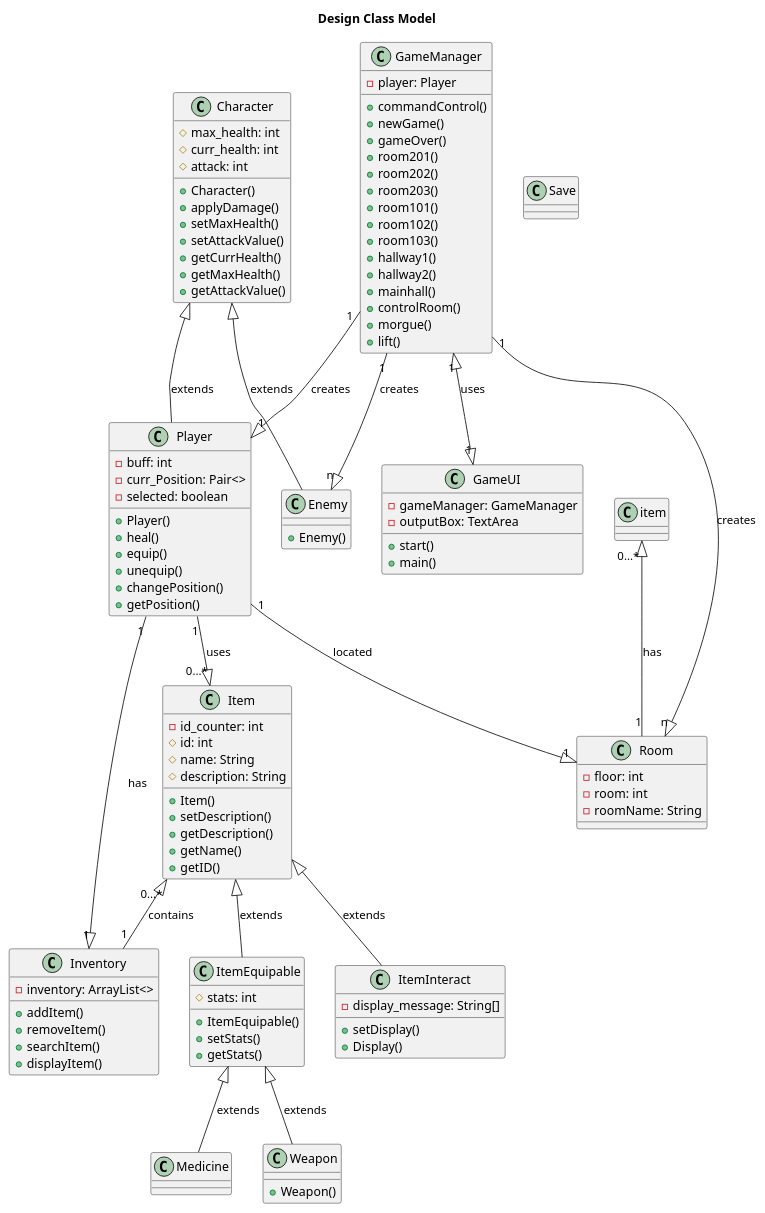
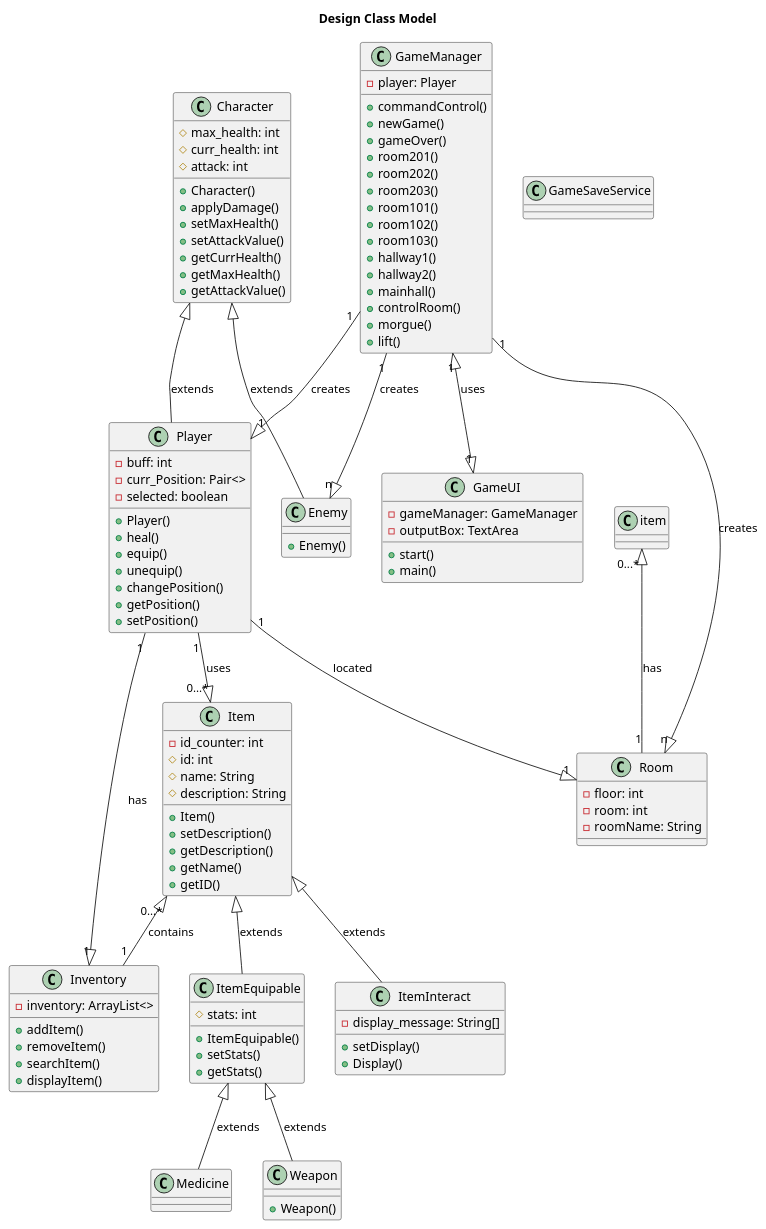
Before and after one commit to LimeiGuan/Text_Adventure_Game: the diagram in docs/uml/DesignClassModel.plantuml, drawn with PlantUML.

```diff
--- a/docs/uml/DesignClassModel.plantuml
+++ b/docs/uml/DesignClassModel.plantuml
@@ -1,135 +1,136 @@
 @startuml DesignClassModel
 
 title Design Class Model
 
 class Character{
   #max_health: int
   #curr_health: int
   #attack: int
   
   +Character()
   +applyDamage()
   +setMaxHealth()
   +setAttackValue()
   +getCurrHealth()
   +getMaxHealth()
   +getAttackValue()
 }
 
 class Player{
   -buff: int
   -curr_Position: Pair<>
   -selected: boolean
   
   +Player()
   +heal()
   +equip()
   +unequip()
   +changePosition()
   +getPosition()
+  +setPosition()
 }
 
 class Enemy{
   +Enemy()
 }
 
 class GameUI{
   -gameManager: GameManager
   -outputBox: TextArea
   
   +start()
   +main()
 }
 
 class GameManager{
   -player: Player
   
   +commandControl()
   +newGame()
   +gameOver()
   +room201()
   +room202()
   +room203()
   +room101()
   +room102()
   +room103()
   +hallway1()
   +hallway2()
   +mainhall()
   +controlRoom()
   +morgue()
   +lift()
 }
 
-class Save{}
+class GameSaveService{}
 
 class Inventory{
   -inventory: ArrayList<>
   
   +addItem()
   +removeItem()
   +searchItem()
   +displayItem()
 }
 
 class Item{
   -id_counter: int
   #id: int
   #name: String
   #description: String
   
   +Item()
   +setDescription()
   +getDescription()
   +getName()
   +getID()
 }
 
 class ItemEquipable{
   #stats: int
   
   +ItemEquipable()
   +setStats()
   +getStats()
 }
 
 class ItemInteract{
   -display_message: String[]
   
   +setDisplay()
   +Display()
 }
 
 class Medicine{}
 
 class Weapon{
   +Weapon()
 }
 
 class Room{
   -floor: int
   -room: int
   -roomName: String
 }
 
 Character <|-- Player : extends
 Character <|-- Enemy : extends
 
 Item <|-- ItemEquipable : extends
 Item <|-- ItemInteract : extends
 Item"0...*" <|-- "1"Inventory : contains
 item"0...*" <|-- "1"Room : has
 
 ItemEquipable <|-- Weapon: extends
 ItemEquipable <|-- Medicine: extends
 
 Player"1" --|> "0...*"Item : uses 
 Player"1" --|> "1"Inventory : has
 Player"1" --|> "1"Room : located
 
 GameManager"1" --|> "1"Player : creates
 GameManager"1" --|> "n"Enemy : creates
 GameManager"1" <|--|> "1"GameUI : uses
 GameManager"1" --|> "n"Room : creates
 
 @enduml
```
